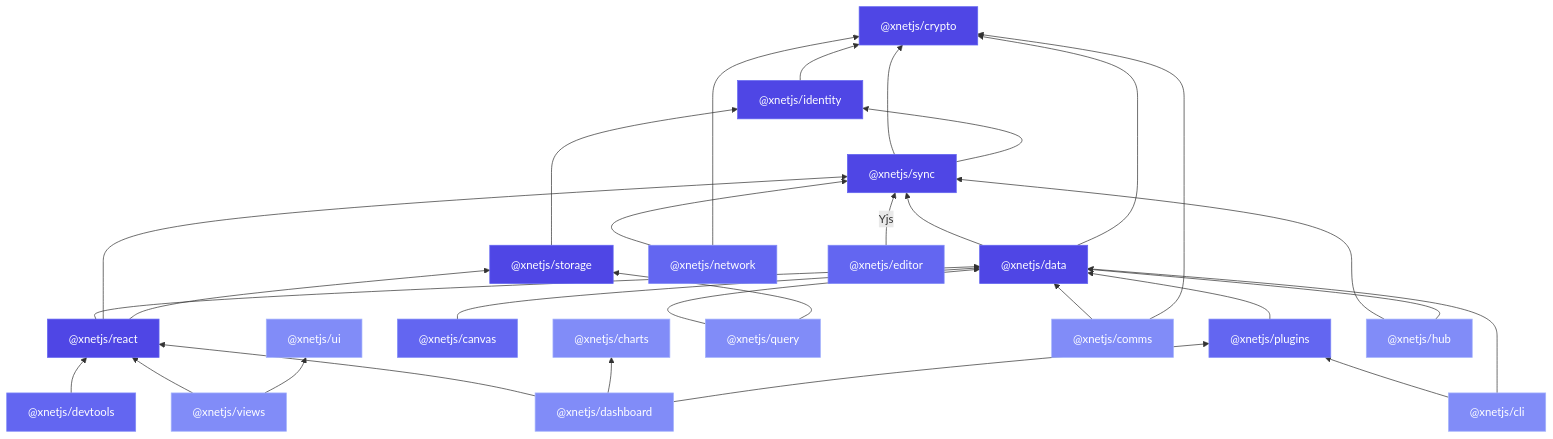
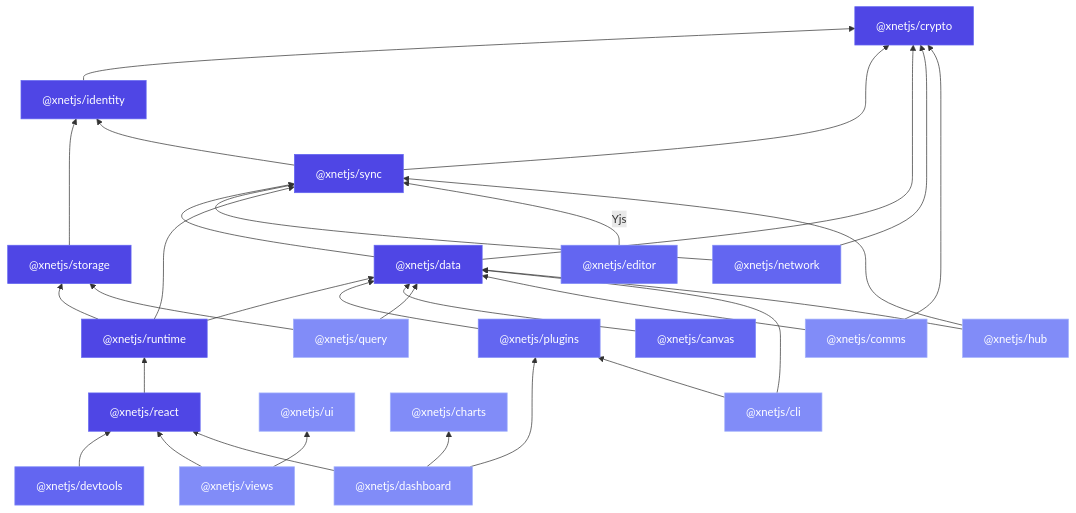
The diagram in site/src/content/docs/docs/architecture/package-graph.mdx (crs48/xNet), drawn with Mermaid before and after one commit. The commit also changed other lines of this file and 2 other files, not shown here.

First line of the commit message:
docs(architecture): correct sync-path and add runtime layer to arch pages

````diff
--- a/site/src/content/docs/docs/architecture/package-graph.mdx
+++ b/site/src/content/docs/docs/architecture/package-graph.mdx
@@ -14,71 +14,74 @@
 ```mermaid
 graph BT
   crypto["@xnetjs/crypto"]
   identity["@xnetjs/identity"]
   storage["@xnetjs/storage"]
   sync["@xnetjs/sync"]
   data["@xnetjs/data"]
+  runtime["@xnetjs/runtime"]
   react["@xnetjs/react"]
   network["@xnetjs/network"]
   plugins["@xnetjs/plugins"]
   editor["@xnetjs/editor"]
   canvas["@xnetjs/canvas"]
   devtools["@xnetjs/devtools"]
   ui["@xnetjs/ui"]
   query["@xnetjs/query"]
   views["@xnetjs/views"]
   comms["@xnetjs/comms"]
   charts["@xnetjs/charts"]
   dashboard["@xnetjs/dashboard"]
   cli["@xnetjs/cli"]
   hub["@xnetjs/hub"]
 
   identity --> crypto
   storage --> identity
   sync --> crypto
   sync --> identity
   data --> sync
   data --> crypto
   network --> sync
   network --> crypto
-  react --> data
-  react --> sync
-  react --> storage
+  runtime --> data
+  runtime --> sync
+  runtime --> storage
+  react --> runtime
   plugins --> data
   editor --> |Yjs| sync
   canvas --> data
   devtools --> react
   query --> data
   query --> storage
   views --> react
   views --> ui
   comms --> data
   comms --> crypto
   dashboard --> react
   dashboard --> charts
   dashboard --> plugins
   cli --> plugins
   cli --> data
   hub --> sync
   hub --> data
 
   style crypto fill:#4f46e5,color:#fff,stroke:#6366f1
   style identity fill:#4f46e5,color:#fff,stroke:#6366f1
   style storage fill:#4f46e5,color:#fff,stroke:#6366f1
   style sync fill:#4f46e5,color:#fff,stroke:#6366f1
   style data fill:#4f46e5,color:#fff,stroke:#6366f1
+  style runtime fill:#4f46e5,color:#fff,stroke:#6366f1
   style react fill:#4f46e5,color:#fff,stroke:#6366f1
   style network fill:#6366f1,color:#fff,stroke:#818cf8
   style plugins fill:#6366f1,color:#fff,stroke:#818cf8
   style editor fill:#6366f1,color:#fff,stroke:#818cf8
   style canvas fill:#6366f1,color:#fff,stroke:#818cf8
   style devtools fill:#6366f1,color:#fff,stroke:#818cf8
   style ui fill:#818cf8,color:#fff,stroke:#a5b4fc
   style query fill:#818cf8,color:#fff,stroke:#a5b4fc
   style views fill:#818cf8,color:#fff,stroke:#a5b4fc
   style comms fill:#818cf8,color:#fff,stroke:#a5b4fc
   style charts fill:#818cf8,color:#fff,stroke:#a5b4fc
   style dashboard fill:#818cf8,color:#fff,stroke:#a5b4fc
   style cli fill:#818cf8,color:#fff,stroke:#a5b4fc
   style hub fill:#818cf8,color:#fff,stroke:#a5b4fc
 ```
````
